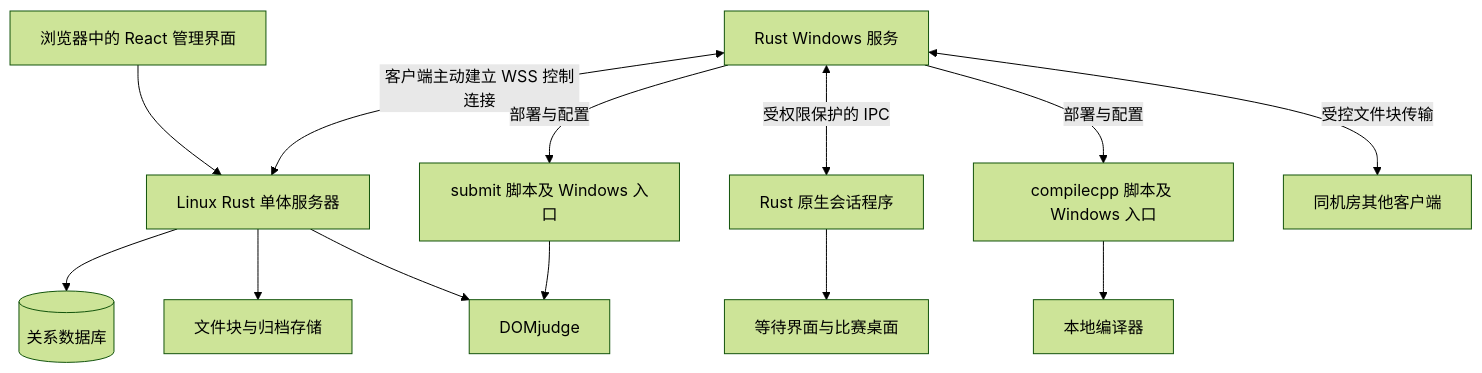
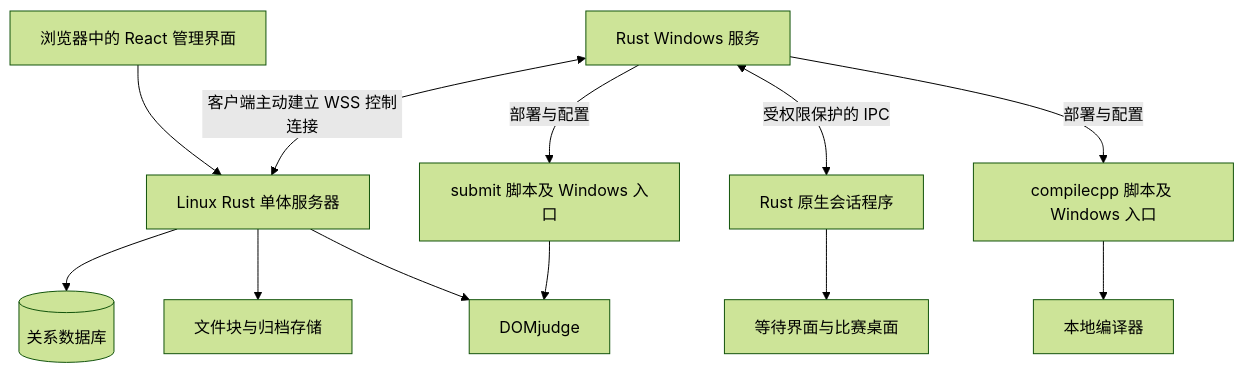
Before and after one commit to luanmenglei/WCCS: the diagram in docs/architecture.md, drawn with Mermaid (forest theme). The commit also changed other lines of this file and 108 other files, not shown here.

````diff
--- a/docs/architecture.md
+++ b/docs/architecture.md
@@ -7,15 +7,14 @@
 ```mermaid
 flowchart TB
     Browser[浏览器中的 React 管理界面] --> Server[Linux Rust 单体服务器]
     Server --> Database[(关系数据库)]
     Server --> Files[文件块与归档存储]
     Server --> Judge[DOMjudge]
     Agent[Rust Windows 服务] <-->|客户端主动建立 WSS 控制连接| Server
     Agent <-->|受权限保护的 IPC| Session[Rust 原生会话程序]
     Session --> Desktop[等待界面与比赛桌面]
     Compile[compilecpp 脚本及 Windows 入口] --> Compiler[本地编译器]
     Submit[submit 脚本及 Windows 入口] --> Judge
     Agent -->|部署与配置| Compile
     Agent -->|部署与配置| Submit
-    Agent <-->|受控文件块传输| Peer[同机房其他客户端]
 ```
````
